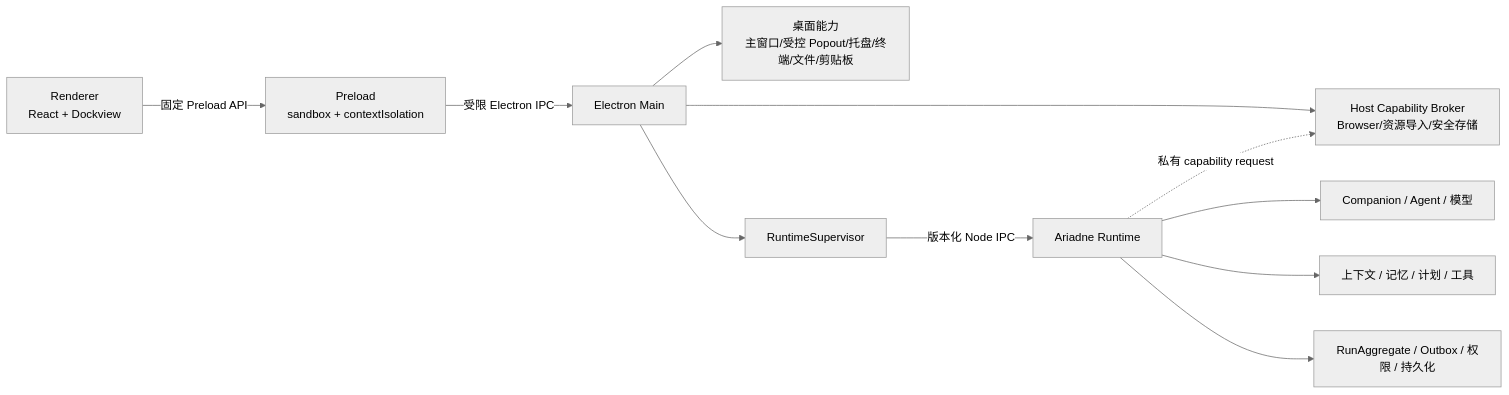
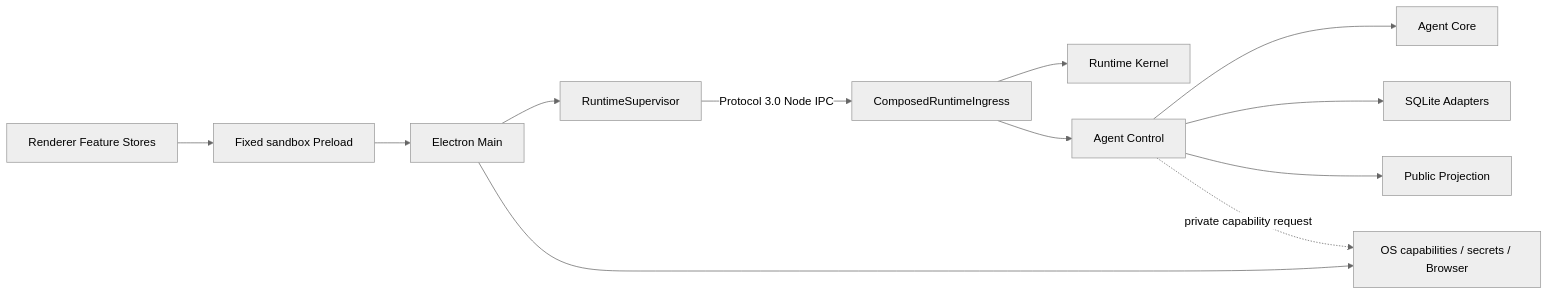
One commit to Atikou/Ariadne changed the diagram in docs/architecture.md. Above: the diagram before and after it, drawn with Mermaid (neutral theme). The commit also changed other lines of this file and 516 other files, not shown here.

````diff
--- a/docs/architecture.md
+++ b/docs/architecture.md
@@ -9,13 +9,14 @@
 ```mermaid
 flowchart LR
-  R["Renderer<br/>React + Dockview"] -->|"固定 Preload API"| P["Preload<br/>sandbox + contextIsolation"]
-  P -->|"受限 Electron IPC"| M["Electron Main"]
-  M --> D["桌面能力<br/>主窗口/受控 Popout/托盘/终端/文件/剪贴板"]
-  M --> B["Host Capability Broker<br/>Browser/资源导入/安全存储"]
-  M --> S["RuntimeSupervisor"]
-  S -->|"版本化 Node IPC"| T["Ariadne Runtime"]
-  T --> A["Companion / Agent / 模型"]
-  T --> C["上下文 / 记忆 / 计划 / 工具"]
-  T --> X["RunAggregate / Outbox / 权限 / 持久化"]
-  T -.->|"私有 capability request"| B
+  R[Renderer Feature Stores] --> P[Fixed sandbox Preload]
+  P --> M[Electron Main]
+  M --> S[RuntimeSupervisor]
+  S -->|Protocol 3.0 Node IPC| I[ComposedRuntimeIngress]
+  I --> K[Runtime Kernel]
+  I --> C[Agent Control]
+  C --> A[Agent Core]
+  C --> D[SQLite Adapters]
+  C --> X[Public Projection]
+  M --> O[OS capabilities / secrets / Browser]
+  C -. private capability request .-> O
 ```
````
